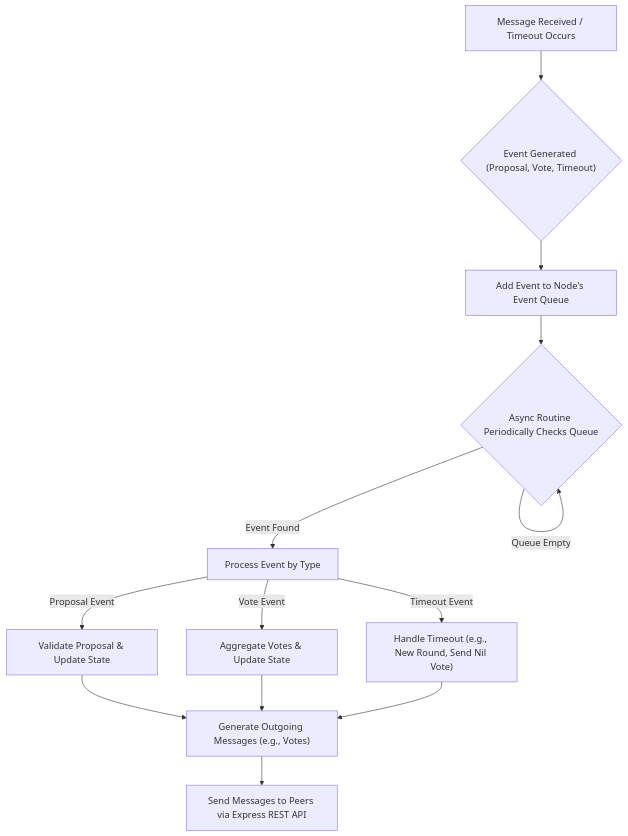
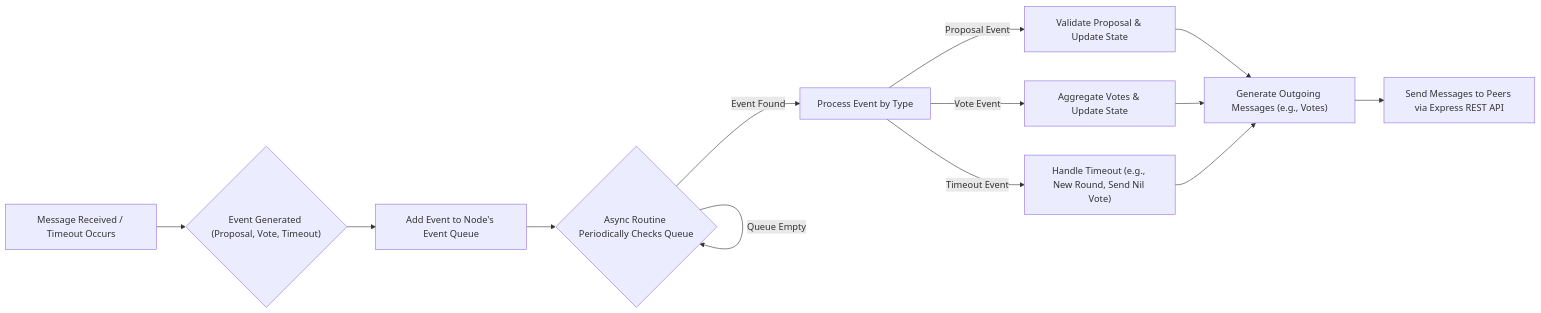
Before and after one commit to 0xPexy/typescript-pBFT: the second of 2 diagrams in README.md, drawn with Mermaid. The commit also changed other lines of this file, not shown here.

````diff
--- a/README.md
+++ b/README.md
@@ -94,15 +74,15 @@
 ```mermaid
-graph TD
+graph LR
     A["Message Received / Timeout Occurs"] --> B{"Event Generated (Proposal, Vote, Timeout)"};
     B --> C["Add Event to Node's Event Queue"];
     C --> D{"Async Routine Periodically Checks Queue"};
     D -- Event Found --> E["Process Event by Type"];
     E -- Proposal Event --> F["Validate Proposal & Update State"];
     E -- Vote Event --> G["Aggregate Votes & Update State"];
     E -- Timeout Event --> H["Handle Timeout (e.g., New Round, Send Nil Vote)"];
     F --> I["Generate Outgoing Messages (e.g., Votes)"];
     G --> I;
     H --> I;
     I --> J["Send Messages to Peers via Express REST API"];
     D -- Queue Empty --> D;
 ```
````
